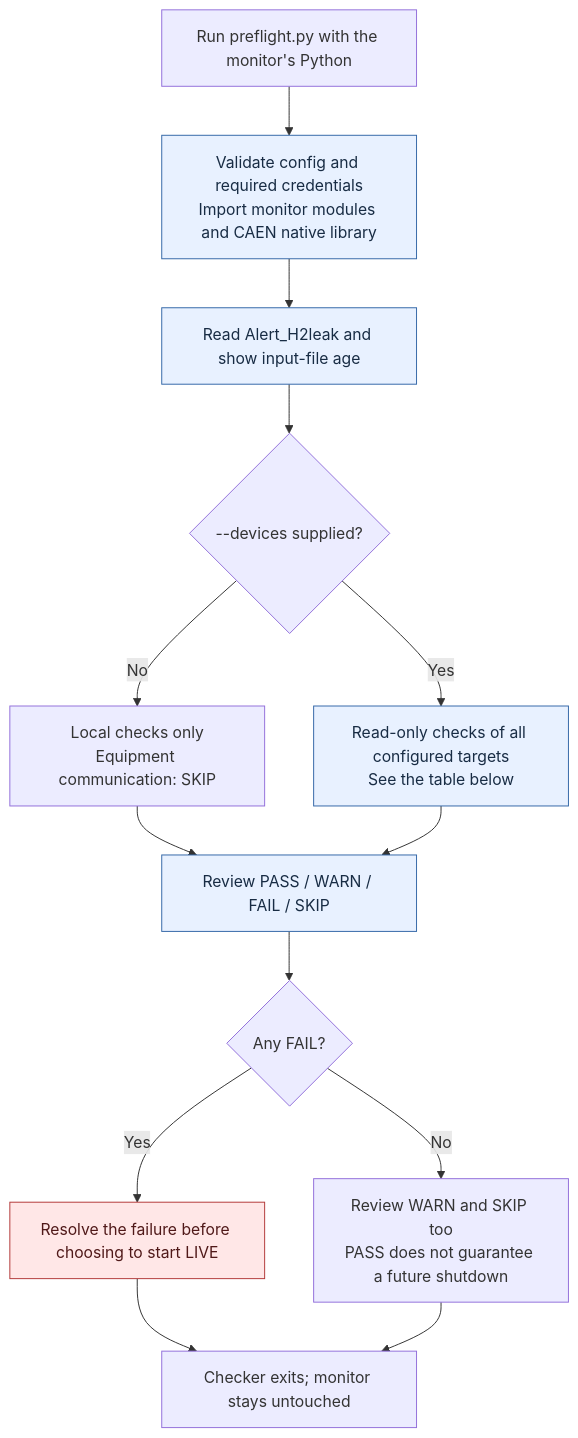
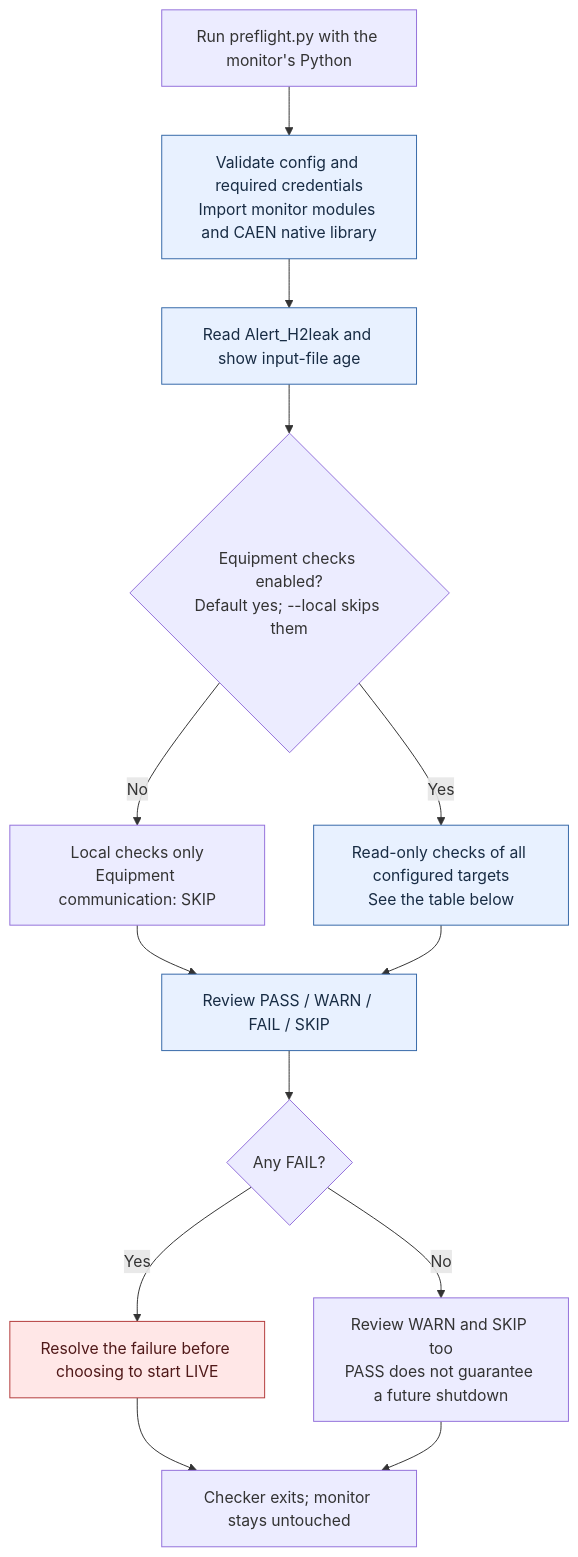
Before and after one commit to hyptpc/lh2_leak_monitor: the first of 5 diagrams in operation-guide/README.md, drawn with Mermaid. The commit also changed other lines of this file and 12 other files, not shown here.

```diff
--- a/operation-guide/README.md
+++ b/operation-guide/README.md
@@ -32,19 +31,19 @@
 ~~~mermaid
 flowchart TD
     P["Run preflight.py with the monitor's Python"] --> C["Validate config and required credentials<br/>Import monitor modules and CAEN native library"]
     C --> I["Read Alert_H2leak and show input-file age"]
-    I --> D{"--devices supplied?"}
+    I --> D{"Equipment checks enabled?<br/>Default yes; --local skips them"}
     D -->|No| L["Local checks only<br/>Equipment communication: SKIP"]
     D -->|Yes| Q["Read-only checks of all configured targets<br/>See the table below"]
     L --> R["Review PASS / WARN / FAIL / SKIP"]
     Q --> R
     R --> F{"Any FAIL?"}
     F -->|Yes| X["Resolve the failure before choosing to start LIVE"]
     F -->|No| W["Review WARN and SKIP too<br/>PASS does not guarantee a future shutdown"]
     X --> N["Checker exits; monitor stays untouched"]
     W --> N
     classDef check fill:#e8f1ff,stroke:#3568a8,color:#182c44;
     classDef stop fill:#ffe7e7,stroke:#b33a3a,color:#501919;
     class C,I,Q,R check;
     class X stop;
 ~~~
```
